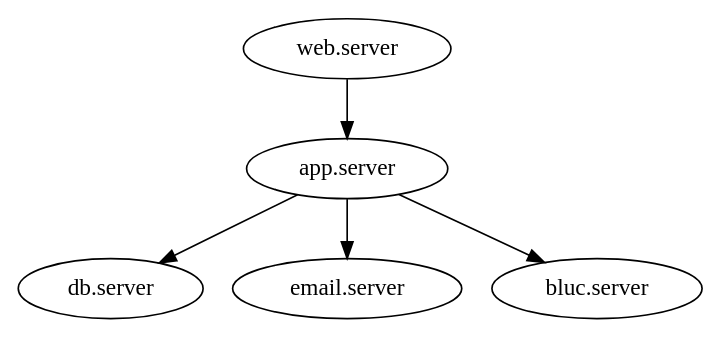
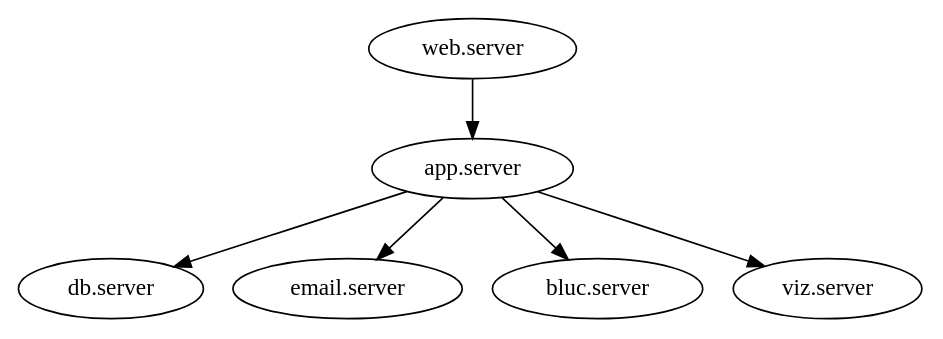
Before and after one commit to projeto-siga/docker: the diagram in doc/arch.gv, drawn with Graphviz.

Commit message:
DOCKER: incluindo viz.server no grafico

```diff
--- a/doc/arch.gv
+++ b/doc/arch.gv
@@ -1,7 +1,8 @@
 //Este arquivo é um .DOT utilizado com graph viz (http://www.webgraphviz.com/)
 digraph arch {
   "web.server"  -> "app.server"
   "app.server" -> "db.server"
   "app.server" -> "email.server"
   "app.server" -> "bluc.server"
+  "app.server" -> "viz.server"
 }
```
